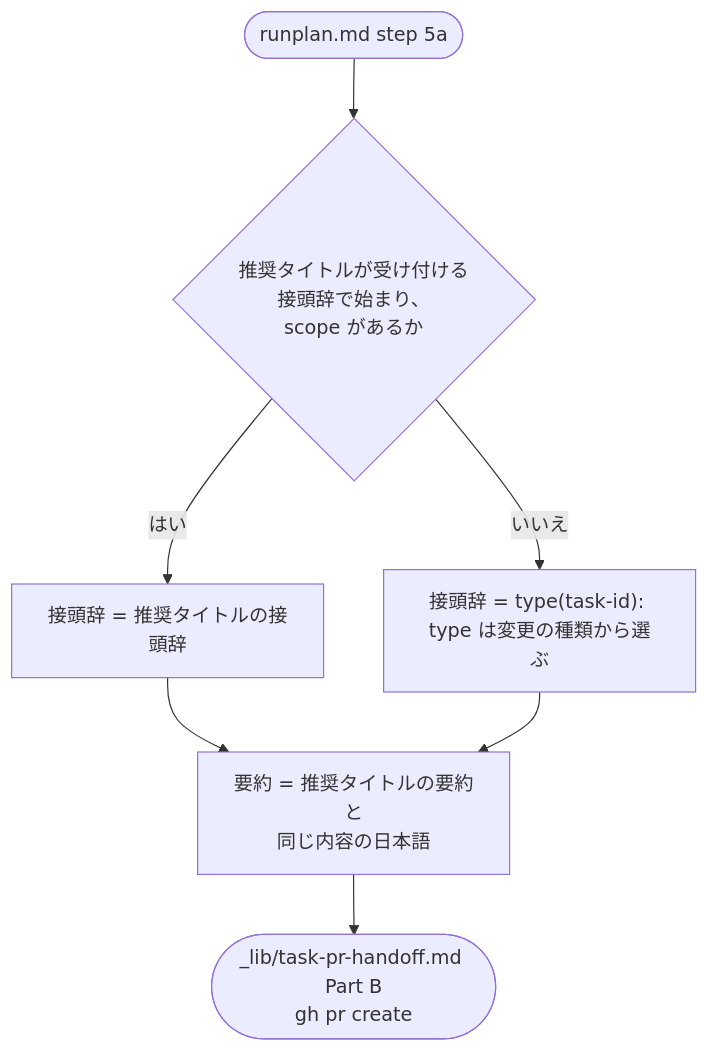
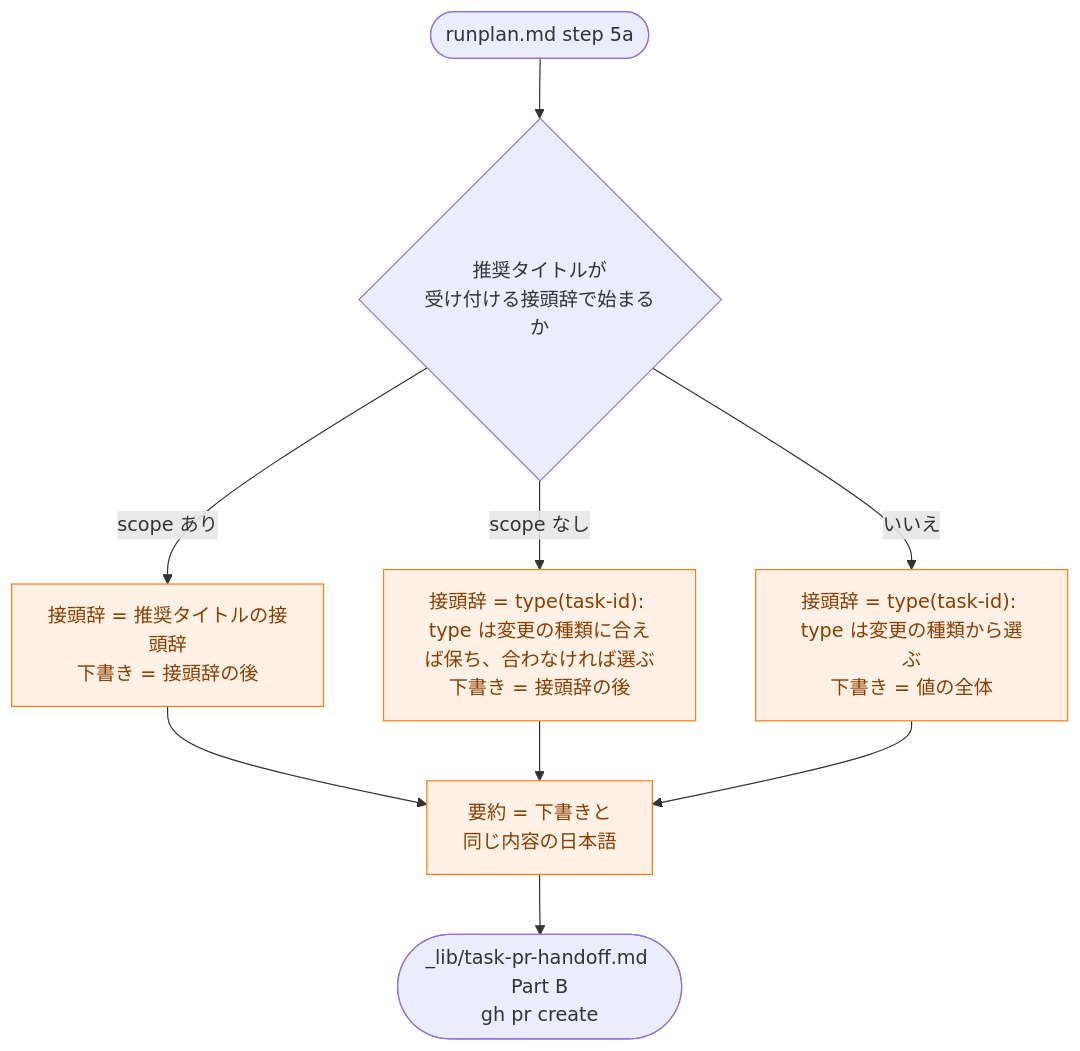
Before and after one commit to isseis/yt2column: the tenth of 11 diagrams in docs/tasks/0032_japanese_pr_title/02_architecture.md, drawn with Mermaid. The commit also changed other lines of this file, not shown here.

First line of the commit message:
docs(0032): address the architecture review and prose pass

````diff
--- a/docs/tasks/0032_japanese_pr_title/02_architecture.md
+++ b/docs/tasks/0032_japanese_pr_title/02_architecture.md
@@ -444,9 +518,15 @@
 ```mermaid
 flowchart TD
-    Start(["runplan.md step 5a"]) --> Pre{"推奨タイトルが受け付ける接頭辞で始まり、<br>scope があるか"}
-    Pre -->|"はい"| UsePre["接頭辞 = 推奨タイトルの接頭辞"]
-    Pre -->|"いいえ"| Fill["接頭辞 = type(task-id): <br>type は変更の種類から選ぶ"]
-    UsePre --> Sum["要約 = 推奨タイトルの要約と<br>同じ内容の日本語"]
+    classDef process fill:#fff1e6,stroke:#ff7f0e,stroke-width:1px,color:#8a3e00;
+
+    Start(["runplan.md step 5a"]) --> Pre{"推奨タイトルが<br>受け付ける接頭辞で始まるか"}
+    Pre -->|"scope あり"| UsePre["接頭辞 = 推奨タイトルの接頭辞<br>下書き = 接頭辞の後"]
+    Pre -->|"scope なし"| KeepType["接頭辞 = type(task-id): <br>type は変更の種類に合えば保ち、合わなければ選ぶ<br>下書き = 接頭辞の後"]
+    Pre -->|"いいえ"| Fill["接頭辞 = type(task-id): <br>type は変更の種類から選ぶ<br>下書き = 値の全体"]
+    UsePre --> Sum["要約 = 下書きと<br>同じ内容の日本語"]
+    KeepType --> Sum
     Fill --> Sum
     Sum --> Create(["_lib/task-pr-handoff.md Part B<br>gh pr create"])
+
+    class UsePre,KeepType,Fill,Sum process
 ```
````
